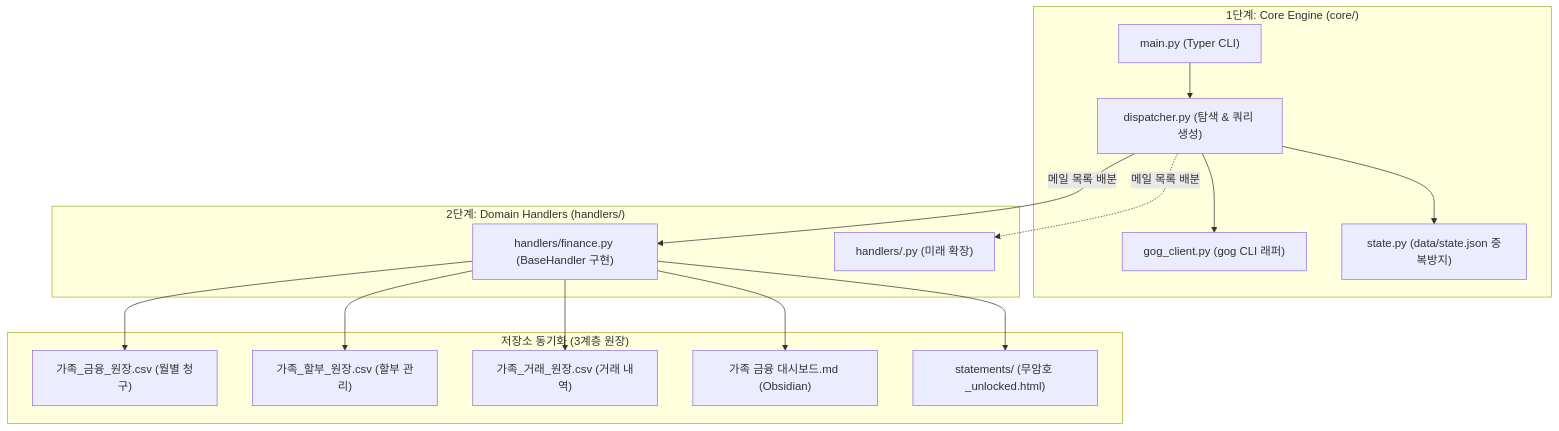
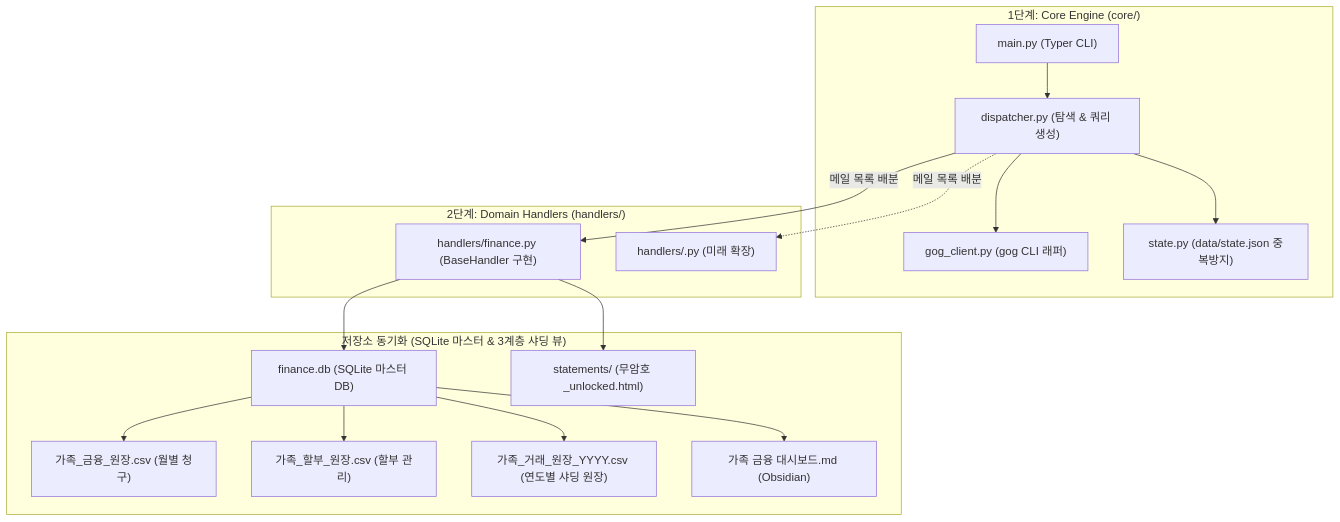
One commit to MinoKim82/my-tools changed the diagram in tools/mail-sync/AGENTS.md. Above: the diagram before and after it, drawn with Mermaid. The commit also changed other lines of this file and 9 other files, not shown here.

````diff
--- a/tools/mail-sync/AGENTS.md
+++ b/tools/mail-sync/AGENTS.md
@@ -11,31 +11,34 @@
 ```mermaid
 flowchart TD
     subgraph Tier1["1단계: Core Engine (core/)"]
         M["main.py (Typer CLI)"]
         D["dispatcher.py (탐색 & 쿼리 생성)"]
         G["gog_client.py (gog CLI 래퍼)"]
         S["state.py (data/state.json 중복방지)"]
         
         M --> D
         D --> G
         D --> S
     end
 
     subgraph Tier2["2단계: Domain Handlers (handlers/)"]
         H_FIN["handlers/finance.py (BaseHandler 구현)"]
         H_NEW["handlers/<new_module>.py (미래 확장)"]
         
         D -->|메일 목록 배분| H_FIN
         D -.->|메일 목록 배분| H_NEW
     end
 
-    subgraph Storage["저장소 동기화 (3계층 원장)"]
+    subgraph Storage["저장소 동기화 (SQLite 마스터 & 3계층 샤딩 뷰)"]
+        SQLITE["finance.db (SQLite 마스터 DB)"]
         CSV_BILL["가족_금융_원장.csv (월별 청구)"]
         CSV_INST["가족_할부_원장.csv (할부 관리)"]
-        CSV_TRX["가족_거래_원장.csv (거래 내역)"]
+        CSV_TRX["가족_거래_원장_YYYY.csv (연도별 샤딩 원장)"]
         OBS["가족 금융 대시보드.md (Obsidian)"]
         STMT["statements/ (무암호 _unlocked.html)"]
         
-        H_FIN --> CSV_BILL & CSV_INST & CSV_TRX & OBS & STMT
+        H_FIN --> SQLITE
+        SQLITE --> CSV_BILL & CSV_INST & CSV_TRX & OBS
+        H_FIN --> STMT
     end
 ```
````
